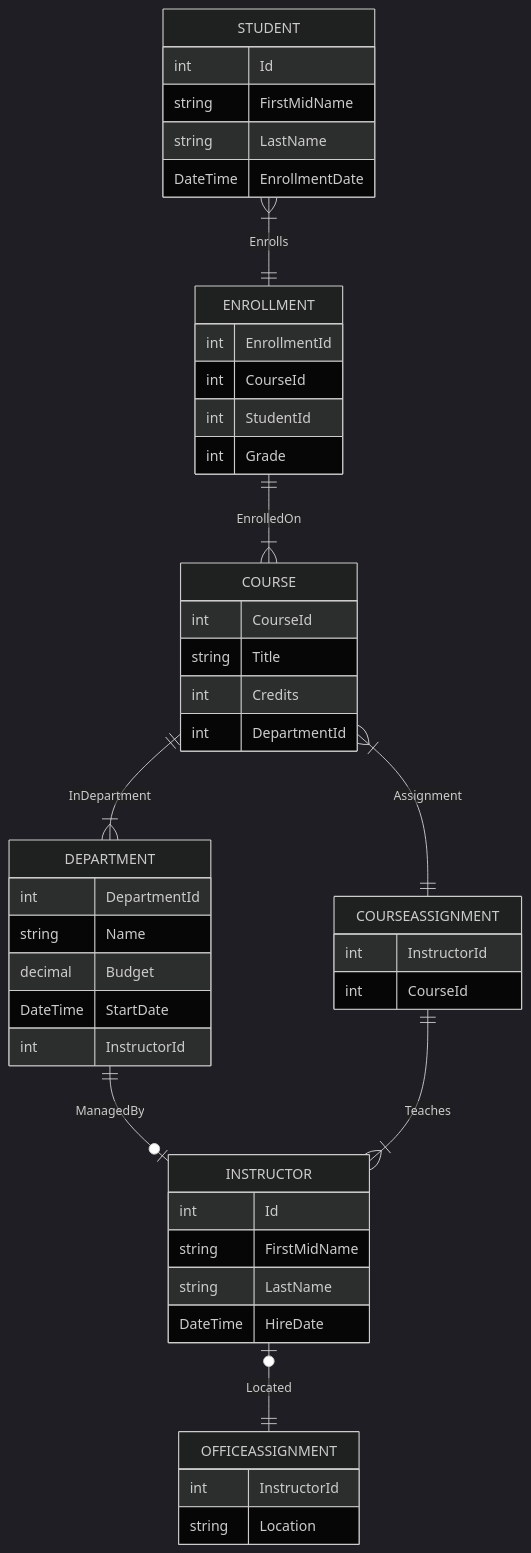
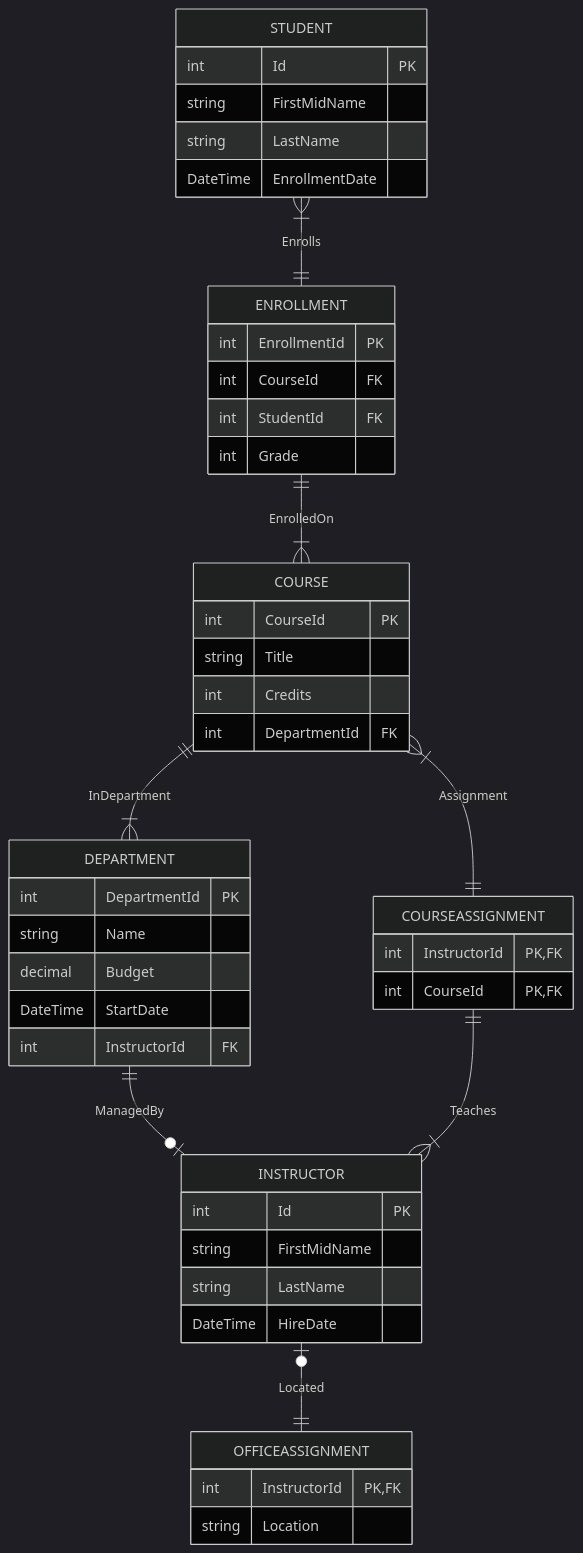
Before and after one commit to TransportForLondon/TFL-DevOps-Test: the second of 2 diagrams in README.md, drawn with Mermaid (dark theme).

````diff
--- a/README.md
+++ b/README.md
@@ -28,50 +28,50 @@
 ```mermaid
 erDiagram
   STUDENT }|--|| ENROLLMENT : Enrolls
   STUDENT {
-    int Id
+    int Id PK
     string FirstMidName
     string LastName
     DateTime EnrollmentDate
   }
   ENROLLMENT ||--|{ COURSE : EnrolledOn
   ENROLLMENT {
-    int EnrollmentId
-    int CourseId
-    int StudentId
+    int EnrollmentId PK
+    int CourseId FK
+    int StudentId FK
     int Grade
   }
   COURSE ||--|{ DEPARTMENT : InDepartment
   COURSE }|--|| COURSEASSIGNMENT : Assignment
   COURSE {
-    int CourseId
+    int CourseId PK
     string Title
     int Credits
-    int DepartmentId
+    int DepartmentId FK
   }
   DEPARTMENT ||--o| INSTRUCTOR : ManagedBy
   DEPARTMENT {
-    int DepartmentId
+    int DepartmentId PK
     string Name
     decimal Budget
     DateTime StartDate
-    int InstructorId
+    int InstructorId FK
   }
   COURSEASSIGNMENT ||--|{ INSTRUCTOR : Teaches
   COURSEASSIGNMENT {
-    int InstructorId
-    int CourseId
+    int InstructorId PK, FK
+    int CourseId PK, FK
   }
   INSTRUCTOR |o--|| OFFICEASSIGNMENT : Located
   INSTRUCTOR {
-    int Id
+    int Id PK
     string FirstMidName
     string LastName
     DateTime HireDate
   }
   OFFICEASSIGNMENT {
-    int InstructorId
+    int InstructorId PK, FK
     string Location
   }
   
 ```
````
